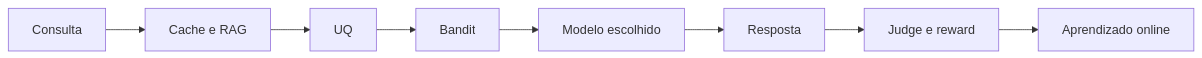
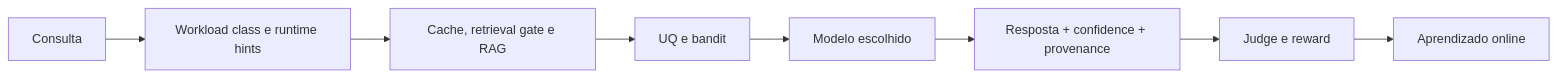
Before and after one commit to jeffersonduartebr/iag_forall: the sixth of 10 diagrams in docs/ARCHITECTURE.md, drawn with Mermaid. The commit also changed other lines of this file and 3 other files, not shown here.

First line of the commit message:
docs: refresh diagrams for async query flow and new response contract

````diff
--- a/docs/ARCHITECTURE.md
+++ b/docs/ARCHITECTURE.md
@@ -107,13 +111,13 @@
 ```mermaid
 flowchart LR
     A[Consulta]
-    B[Cache e RAG]
-    C[UQ]
-    D[Bandit]
+    B[Workload class e runtime hints]
+    C[Cache, retrieval gate e RAG]
+    D[UQ e bandit]
     E[Modelo escolhido]
-    F[Resposta]
+    F[Resposta + confidence + provenance]
     G[Judge e reward]
     H[Aprendizado online]
 
     A --> B --> C --> D --> E --> F --> G --> H
 ```
````
